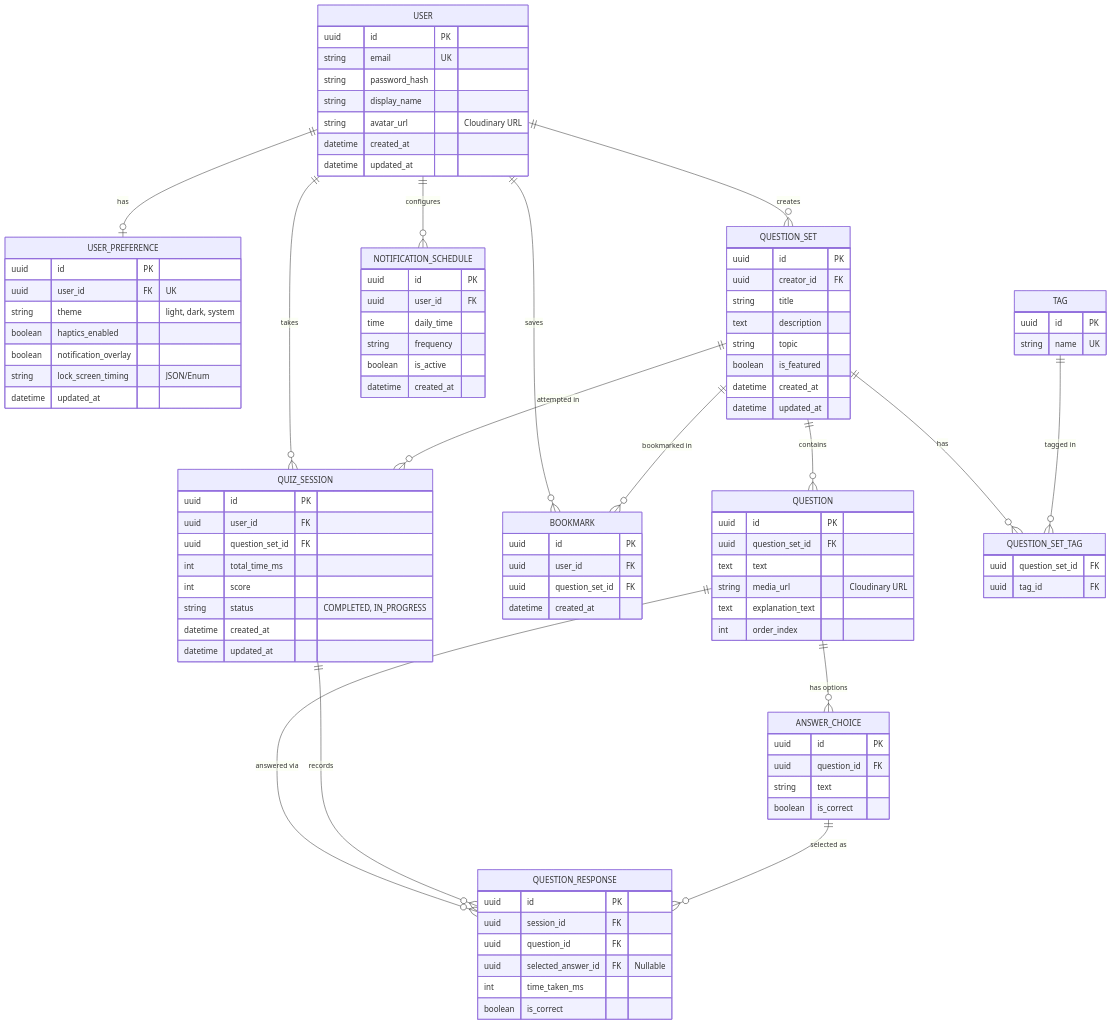
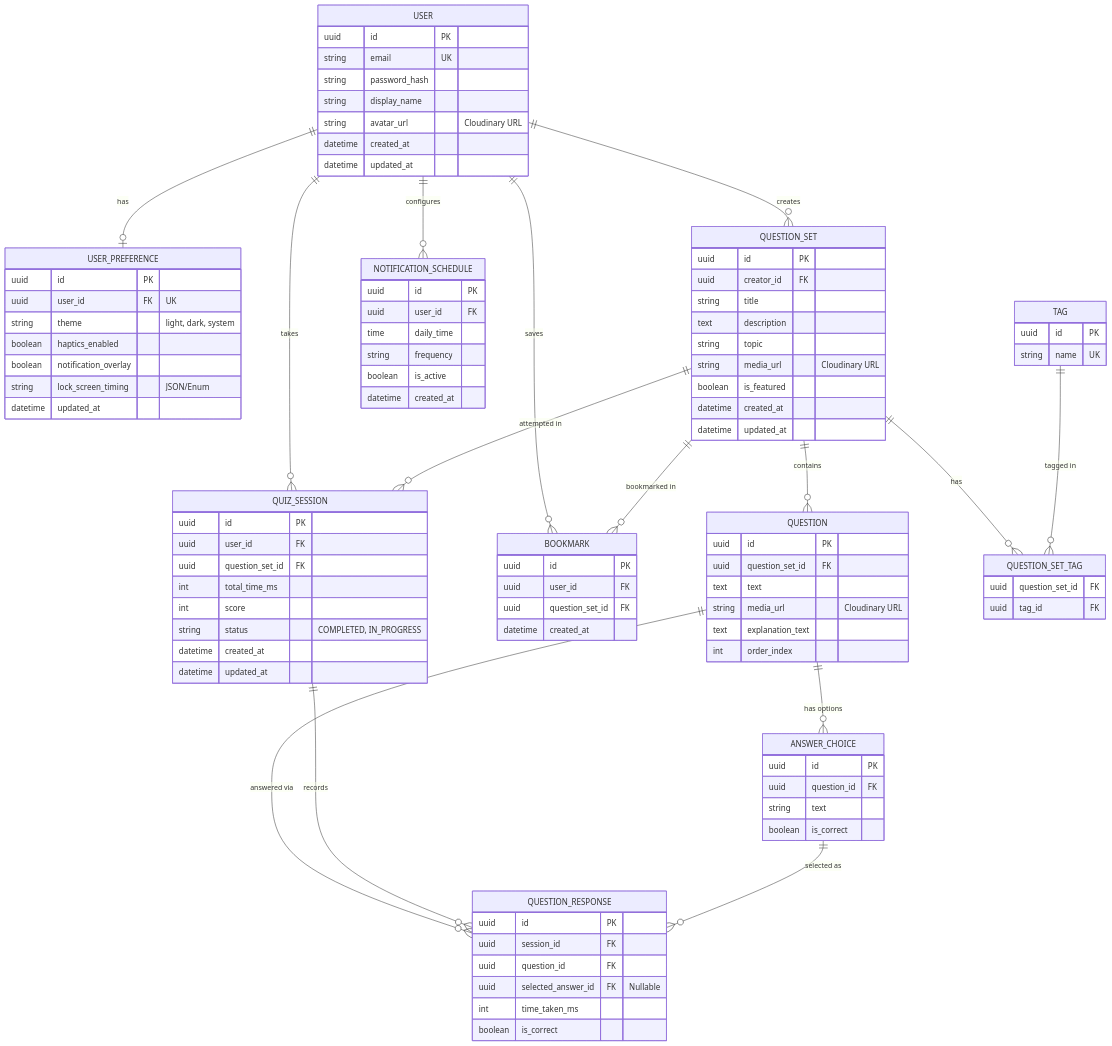
Before and after one commit to T-Quy-1/Funfanti-backend: the diagram in AGENTS.md, drawn with Mermaid. The commit also changed 4 other files, not shown here.

Commit message:
feat: implement question-sets module, update schema with media_url, and define related DTOs and controllers

```diff
--- a/AGENTS.md
+++ b/AGENTS.md
@@ -106,6 +106,7 @@
         string title
         text description
         string topic
+        string media_url "Cloudinary URL"
         boolean is_featured
         datetime created_at
         datetime updated_at
```
